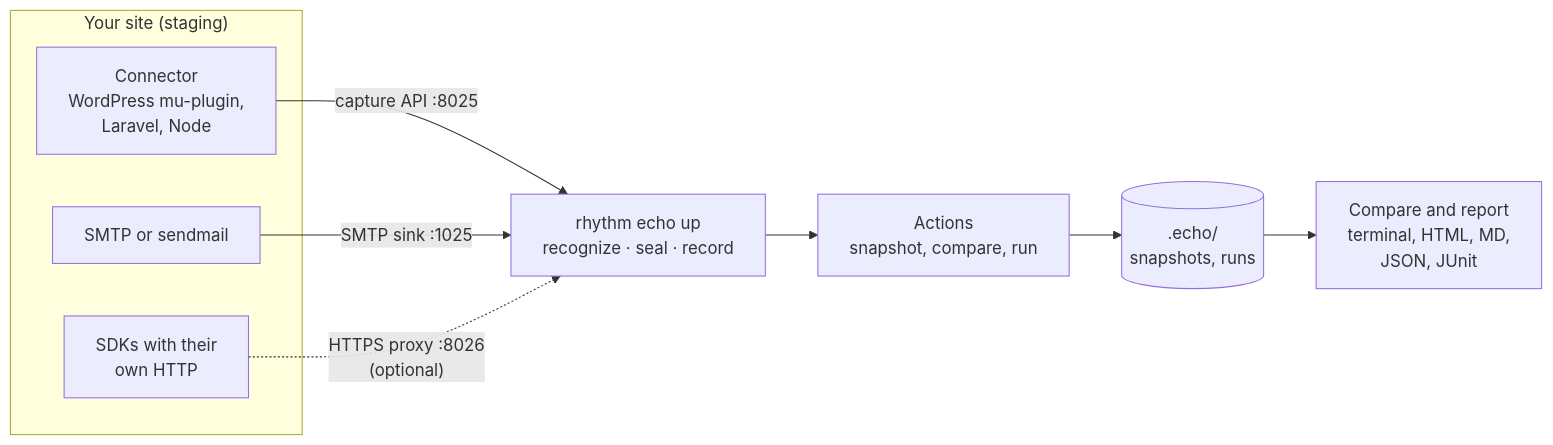
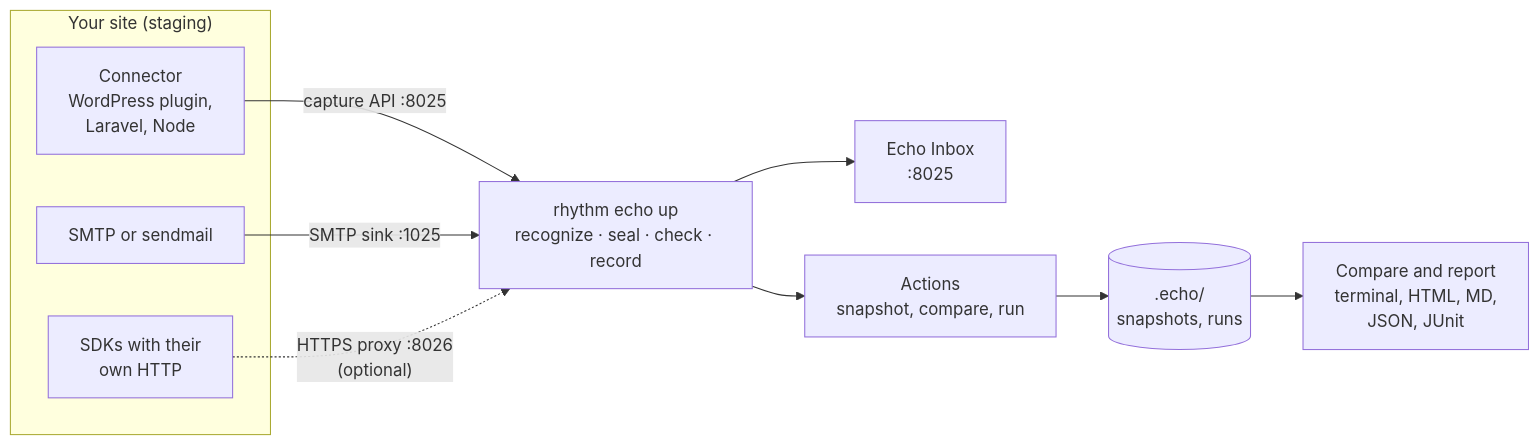
The diagram in wiki/Echo.md (RhythmShahriar/rhythm), drawn with Mermaid before and after one commit. The commit also changed other lines of this file and 23 other files, not shown here.

````diff
--- a/wiki/Echo.md
+++ b/wiki/Echo.md
@@ -49,14 +52,15 @@
 ```mermaid
 flowchart LR
   subgraph site ["Your site (staging)"]
-    C["Connector<br/>WordPress mu-plugin,<br/>Laravel, Node"]
+    C["Connector<br/>WordPress plugin,<br/>Laravel, Node"]
     M["SMTP or sendmail"]
     P["SDKs with their<br/>own HTTP"]
   end
   C -- "capture API :8025" --> E
   M -- "SMTP sink :1025" --> E
   P -. "HTTPS proxy :8026<br/>(optional)" .-> E
-  E["rhythm echo up<br/>recognize · seal · record"] --> A["Actions<br/>snapshot, compare, run"]
+  E["rhythm echo up<br/>recognize · seal · check · record"] --> I["Echo Inbox<br/>:8025"]
+  E --> A["Actions<br/>snapshot, compare, run"]
   A --> S[(".echo/<br/>snapshots, runs")]
   S --> R["Compare and report<br/>terminal, HTML, MD,<br/>JSON, JUnit"]
 ```
````
